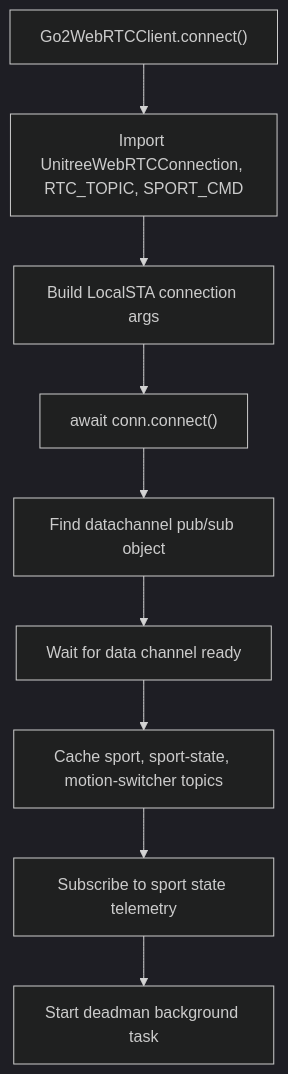
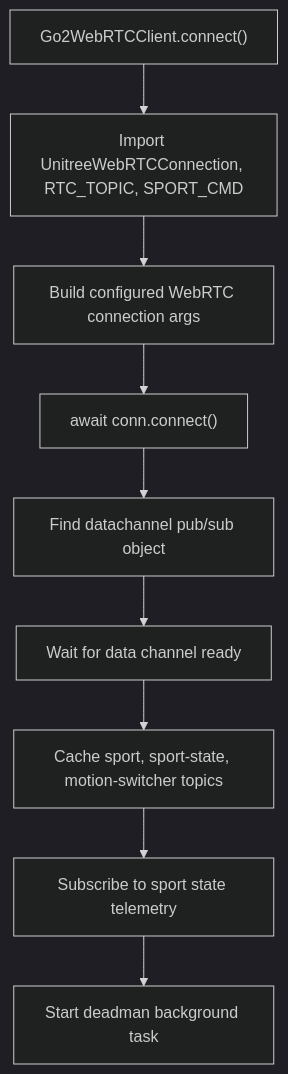
The fourth of 8 diagrams in README.md (creeskis/go2_local_brain), drawn with Mermaid (dark theme) before and after one commit. The commit also changed other lines of this file and 18 other files, not shown here.

Commit message:
Harden Jetson WebRTC networking setup

````diff
--- a/README.md
+++ b/README.md
@@ -630,11 +631,11 @@
 ```mermaid
 flowchart TD
     Start["Go2WebRTCClient.connect()"] --> Import["Import UnitreeWebRTCConnection, RTC_TOPIC, SPORT_CMD"]
-    Import --> Build["Build LocalSTA connection args"]
+    Import --> Build["Build configured WebRTC connection args"]
     Build --> Connect["await conn.connect()"]
     Connect --> PubSub["Find datachannel pub/sub object"]
     PubSub --> Ready["Wait for data channel ready"]
     Ready --> Topics["Cache sport, sport-state, motion-switcher topics"]
     Topics --> Subscribe["Subscribe to sport state telemetry"]
     Subscribe --> Deadman["Start deadman background task"]
 ```
````
